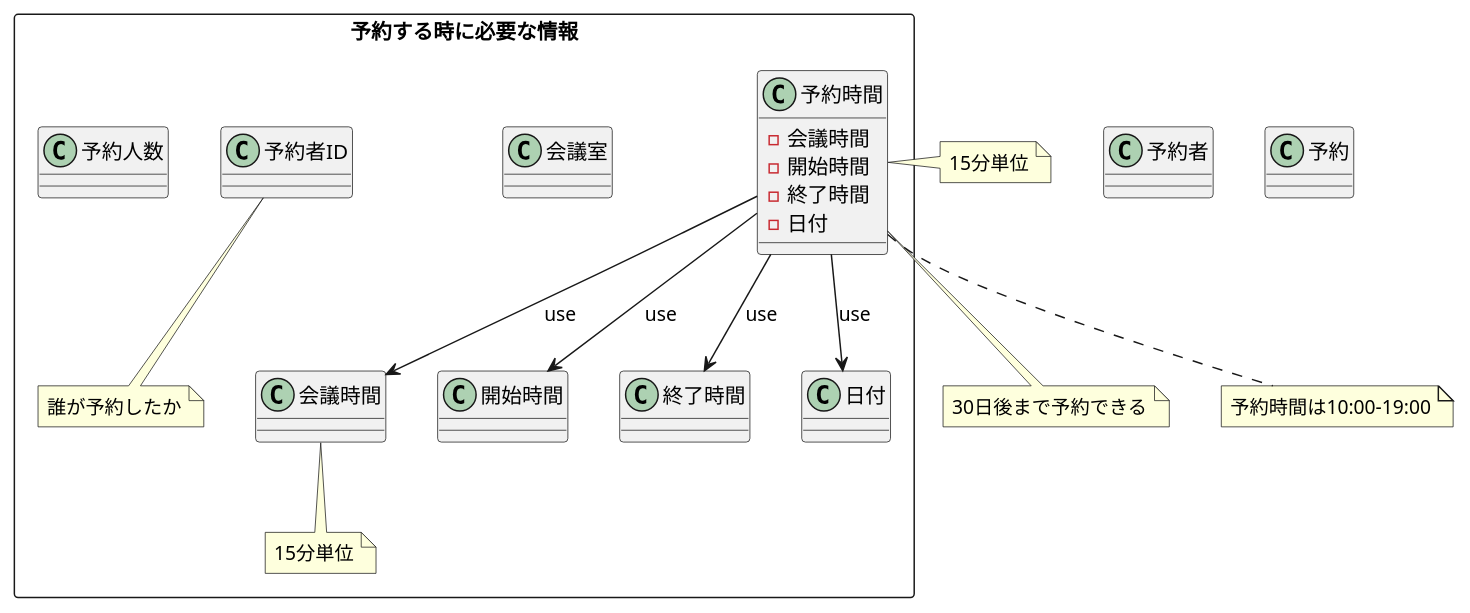
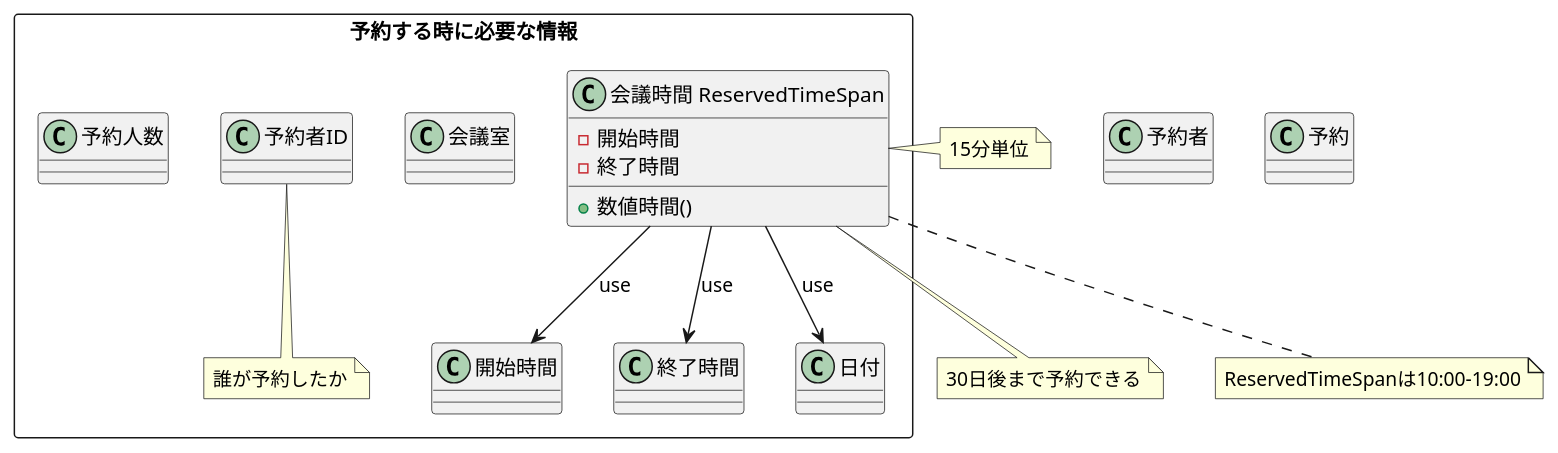
The diagram in diagram/domainmodel.pu (jnuank/meeting-room), drawn with PlantUML before and after one commit. The commit also changed 3 other files, not shown here.

Commit message:
update: ReservedTimeSpanにバリデーションを追加

```diff
--- a/diagram/domainmodel.pu
+++ b/diagram/domainmodel.pu
@@ -1,40 +1,34 @@
 @startuml
 
 class 予約者
 class 予約
 
 rectangle 予約する時に必要な情報 {
     class 会議室
     class 予約者ID
-    class 会議時間
-    note bottom of 会議時間
-    15分単位
-    end note
-    class 予約時間 {
-        - 会議時間
+    class "会議時間 ReservedTimeSpan" as ReservedTimeSpan {
         - 開始時間
         - 終了時間
-        - 日付
+        + 数値時間() 
     }
-    予約時間 --> 会議時間 : use
-    予約時間 --> 開始時間 : use
-    予約時間 --> 終了時間 : use
-    予約時間 --> 日付 : use
+    ReservedTimeSpan --> 開始時間 : use
+    ReservedTimeSpan --> 終了時間 : use
+    ReservedTimeSpan --> 日付 : use
     class 予約人数
     class 予約者ID
     note bottom of 予約者ID
     誰が予約したか
     end note 
 }
 
-note right of 予約時間
+note right of ReservedTimeSpan
 15分単位
 end note
-note bottom of 予約時間
+note bottom of ReservedTimeSpan
 30日後まで予約できる
 end note
-note bottom of 予約時間
-予約時間は10:00-19:00
+note bottom of ReservedTimeSpan
+ReservedTimeSpanは10:00-19:00
 end note
 
 @enduml
```
